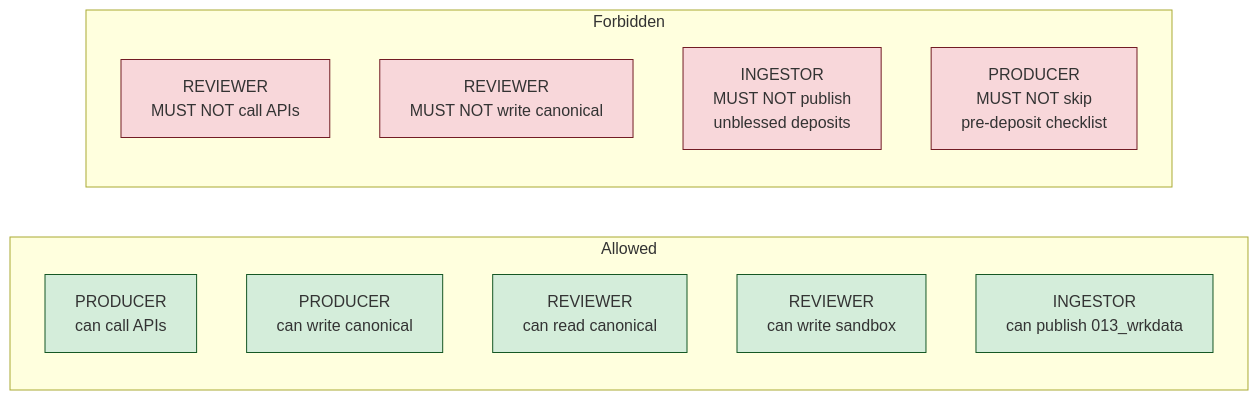
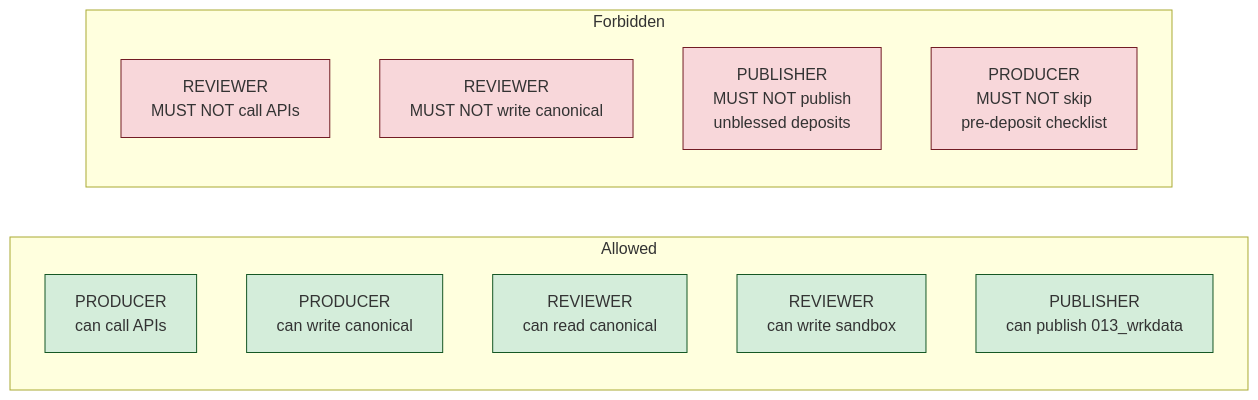
Before and after one commit to unicef-drp/cso-toolkit: the second of 2 diagrams in docs/roles_and_workflow.md, drawn with Mermaid. The commit also changed other lines of this file and 6 other files, not shown here.

First line of the commit message:
docs: rename third role INGESTOR -> PUBLISHER; map DBM/DBR/DBP

````diff
--- a/docs/roles_and_workflow.md
+++ b/docs/roles_and_workflow.md
@@ -69,21 +69,21 @@
 ```mermaid
 flowchart LR
     subgraph Allowed
         PR_API[PRODUCER<br/>can call APIs]
         PR_CAN[PRODUCER<br/>can write canonical]
         RV_READ[REVIEWER<br/>can read canonical]
         RV_SAND[REVIEWER<br/>can write sandbox]
-        IN_PUB[INGESTOR<br/>can publish 013_wrkdata]
+        IN_PUB[PUBLISHER<br/>can publish 013_wrkdata]
     end
     subgraph Forbidden
         RV_API[REVIEWER<br/>MUST NOT call APIs]
         RV_CAN[REVIEWER<br/>MUST NOT write canonical]
-        IN_RAW[INGESTOR<br/>MUST NOT publish<br/>unblessed deposits]
+        IN_RAW[PUBLISHER<br/>MUST NOT publish<br/>unblessed deposits]
         PR_SKIP[PRODUCER<br/>MUST NOT skip<br/>pre-deposit checklist]
     end
 
     classDef ok fill:#d4edda,stroke:#155724
     classDef no fill:#f8d7da,stroke:#721c24
     class PR_API,PR_CAN,RV_READ,RV_SAND,IN_PUB ok
     class RV_API,RV_CAN,IN_RAW,PR_SKIP no
 ```
````
